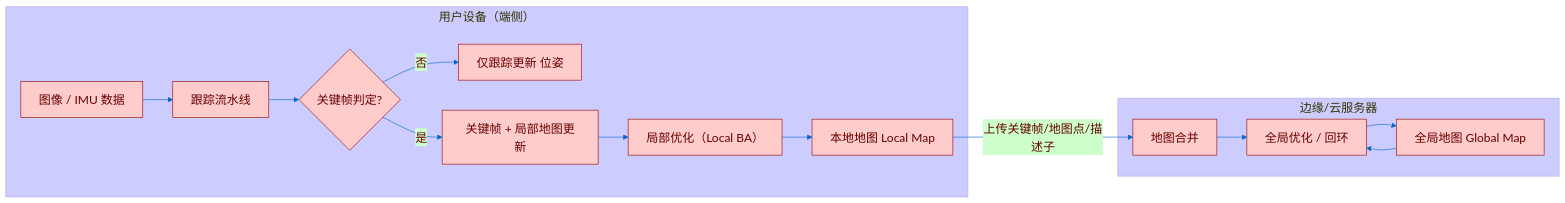
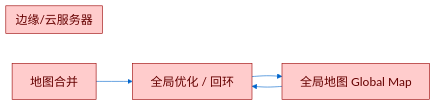
One commit to zhaolin191544/csgo changed the second of 8 diagrams in slides.md. Above: the diagram before and after it, drawn with Mermaid. The commit also changed other lines of this file and 2 other files, not shown here.

````diff
--- a/slides.md
+++ b/slides.md
@@ -120,35 +161,22 @@
 ```mermaid
 %%{init: {"theme": "base", "themeVariables": {
   "primaryColor": "#ffcccc",
   "primaryTextColor": "#660000",
   "primaryBorderColor": "#990000",
 
   "lineColor": "#0066cc",
   "secondaryColor": "#ccffcc",
   "tertiaryColor": "#ccccff",
 
   "fontSize": "20px",
   "fontFamily": "Arial",
   "background": "#f5f5f5"
 }}}%%
 flowchart LR
-        subgraph UserDevice[用户设备（端侧）]
-            A[图像 / IMU 数据] --> B[跟踪流水线]
-            B --> C{关键帧判定?}
-            C -- 否 --> B2[仅跟踪更新 位姿]
-            C -- 是 --> D[关键帧 + 局部地图更新]
-            D --> E1[局部优化（Local BA）]
-            E1 --> LMAP[本地地图 Local Map]
-        end
-
-        subgraph EdgeServer[边缘/云服务器]
-            GMAP[全局地图 Global Map] --> GOPT[全局优化 / 回环]
-            GOPT --> GMAP
-            MERGE[地图合并] --> GOPT
-        end
-
-        %% 数据路径
-        LMAP -- 上传关键帧/地图点/描述子 --> MERGE
-
-        
+    subgraph TITLE[边缘/云服务器]
+    end
+    GOPT --> GMAP
+    MERGE[地图合并] --> GOPT
+    GMAP[全局地图 Global Map] --> GOPT[全局优化 / 回环]  
+    
 ```
````
